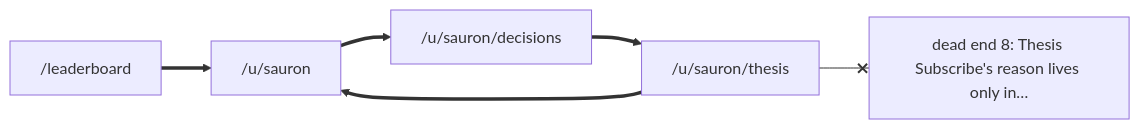
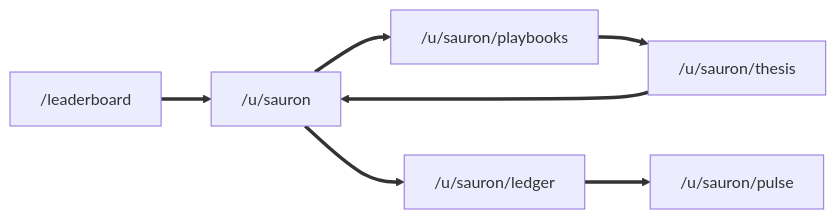
One commit to ejclark/skynet-capital changed the first of 6 diagrams in docs/members/maps.md. Above: the diagram before and after it, drawn with Mermaid. The commit also changed other lines of this file, not shown here.

````diff
--- a/docs/members/maps.md
+++ b/docs/members/maps.md
@@ -7,12 +7,15 @@
 ```mermaid
 flowchart LR
   r0["/leaderboard"]
   r1["/u/sauron"]
-  r2["/u/sauron/decisions"]
+  r2["/u/sauron/playbooks"]
   r3["/u/sauron/thesis"]
+  r4["/u/sauron/ledger"]
+  r5["/u/sauron/pulse"]
   r0 ==> r1
   r1 ==> r2
   r2 ==> r3
   r3 ==> r1
-  r3 --x d0["dead end 8: Thesis Subscribe's reason lives only in…"]
+  r1 ==> r4
+  r4 ==> r5
 ```
````
